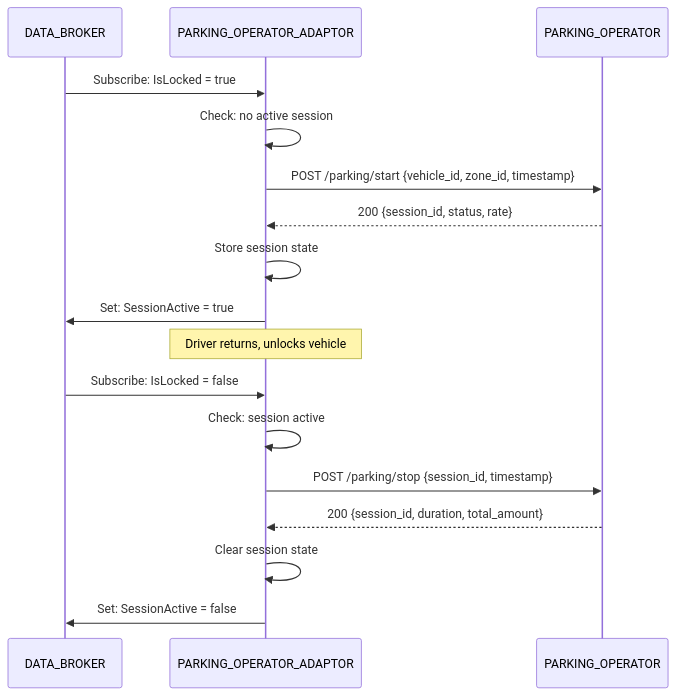
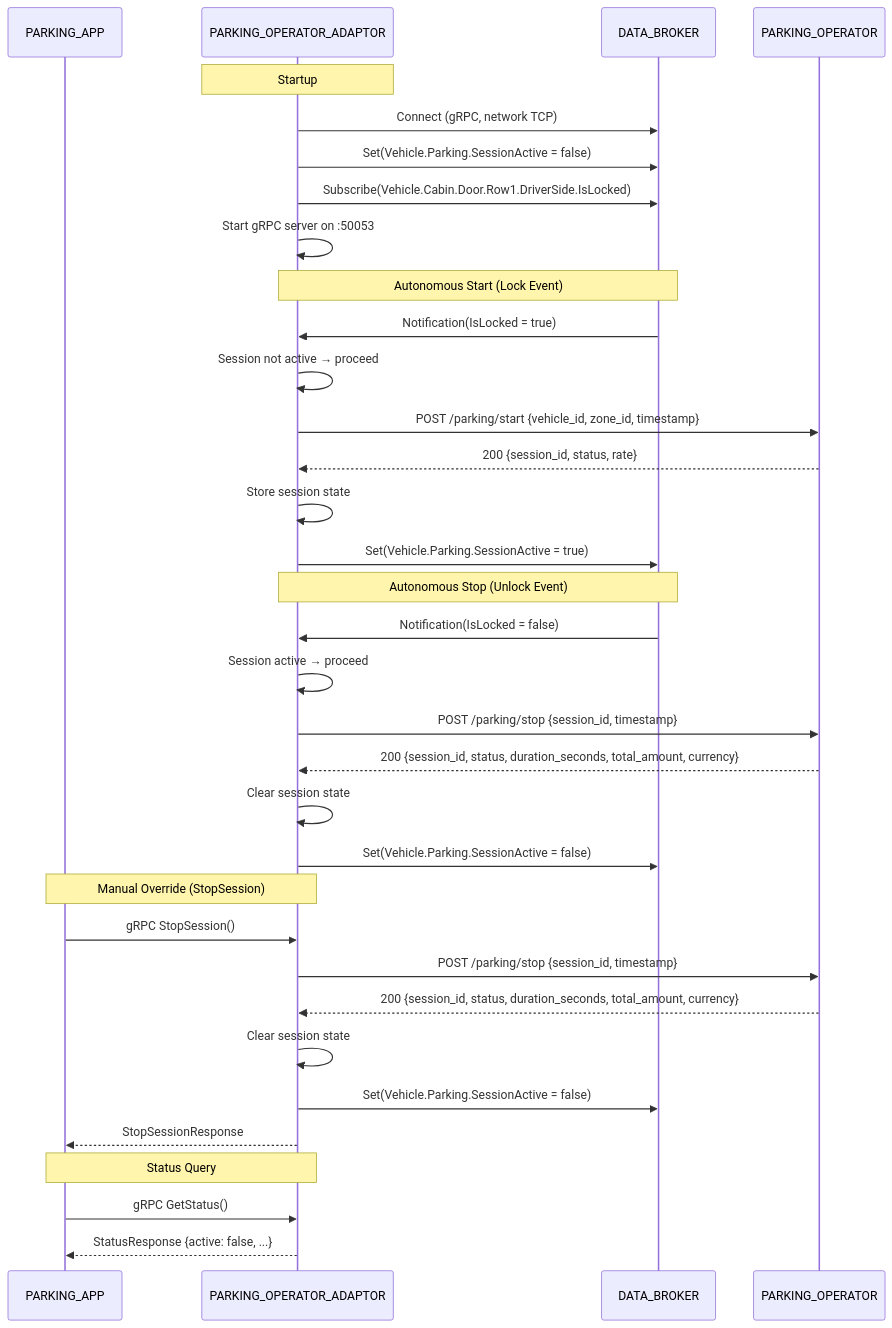
The second of 2 diagrams in .specs/08_parking_operator_adaptor/design.md (rhadp/parking-fee-service), drawn with Mermaid before and after one commit. The commit also changed other lines of this file and 35 other files, not shown here.

````diff
--- a/.specs/08_parking_operator_adaptor/design.md
+++ b/.specs/08_parking_operator_adaptor/design.md
@@ -32,22 +27,41 @@
 ```mermaid
 sequenceDiagram
+    participant PA as PARKING_APP
+    participant POA as PARKING_OPERATOR_ADAPTOR
     participant DB as DATA_BROKER
-    participant POA as PARKING_OPERATOR_ADAPTOR
     participant PO as PARKING_OPERATOR
 
-    DB->>POA: Subscribe: IsLocked = true
-    POA->>POA: Check: no active session
+    Note over POA: Startup
+    POA->>DB: Connect (gRPC, network TCP)
+    POA->>DB: Set(Vehicle.Parking.SessionActive = false)
+    POA->>DB: Subscribe(Vehicle.Cabin.Door.Row1.DriverSide.IsLocked)
+    POA->>POA: Start gRPC server on :50053
+
+    Note over DB,POA: Autonomous Start (Lock Event)
+    DB->>POA: Notification(IsLocked = true)
+    POA->>POA: Session not active → proceed
     POA->>PO: POST /parking/start {vehicle_id, zone_id, timestamp}
     PO-->>POA: 200 {session_id, status, rate}
     POA->>POA: Store session state
-    POA->>DB: Set: SessionActive = true
+    POA->>DB: Set(Vehicle.Parking.SessionActive = true)
 
-    Note over POA: Driver returns, unlocks vehicle
+    Note over DB,POA: Autonomous Stop (Unlock Event)
+    DB->>POA: Notification(IsLocked = false)
+    POA->>POA: Session active → proceed
+    POA->>PO: POST /parking/stop {session_id, timestamp}
+    PO-->>POA: 200 {session_id, status, duration_seconds, total_amount, currency}
+    POA->>POA: Clear session state
+    POA->>DB: Set(Vehicle.Parking.SessionActive = false)
 
-    DB->>POA: Subscribe: IsLocked = false
-    POA->>POA: Check: session active
+    Note over PA,POA: Manual Override (StopSession)
+    PA->>POA: gRPC StopSession()
     POA->>PO: POST /parking/stop {session_id, timestamp}
-    PO-->>POA: 200 {session_id, duration, total_amount}
+    PO-->>POA: 200 {session_id, status, duration_seconds, total_amount, currency}
     POA->>POA: Clear session state
-    POA->>DB: Set: SessionActive = false
+    POA->>DB: Set(Vehicle.Parking.SessionActive = false)
+    POA-->>PA: StopSessionResponse
+
+    Note over PA,POA: Status Query
+    PA->>POA: gRPC GetStatus()
+    POA-->>PA: StatusResponse {active: false, ...}
 ```
````
